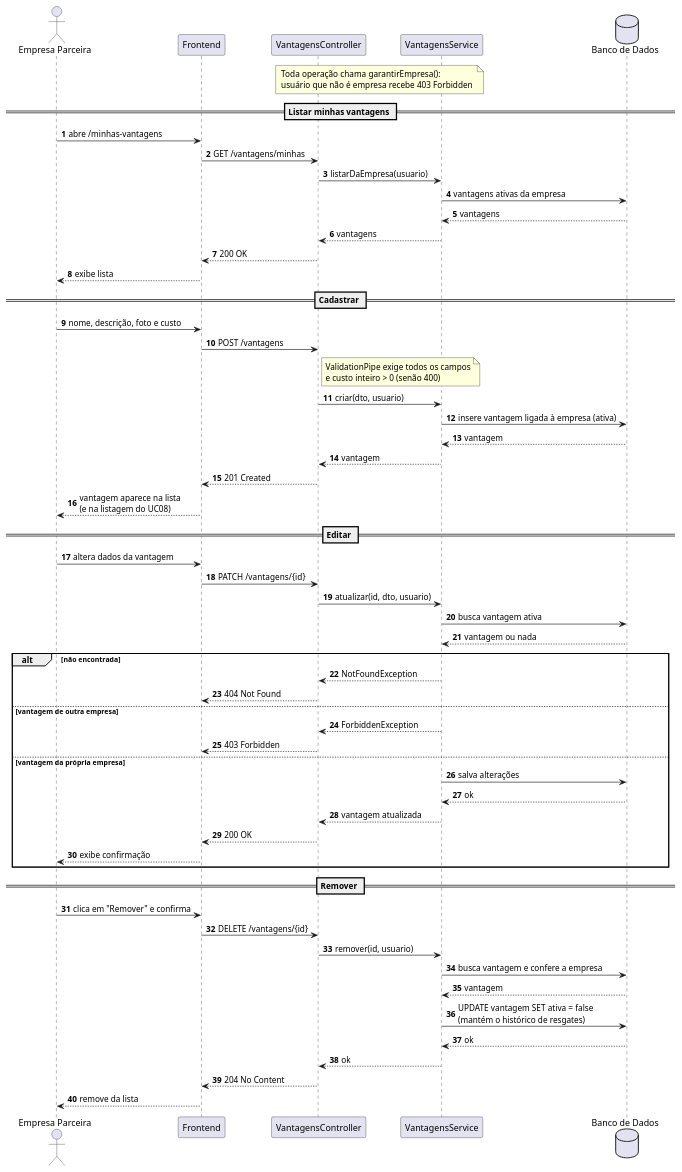
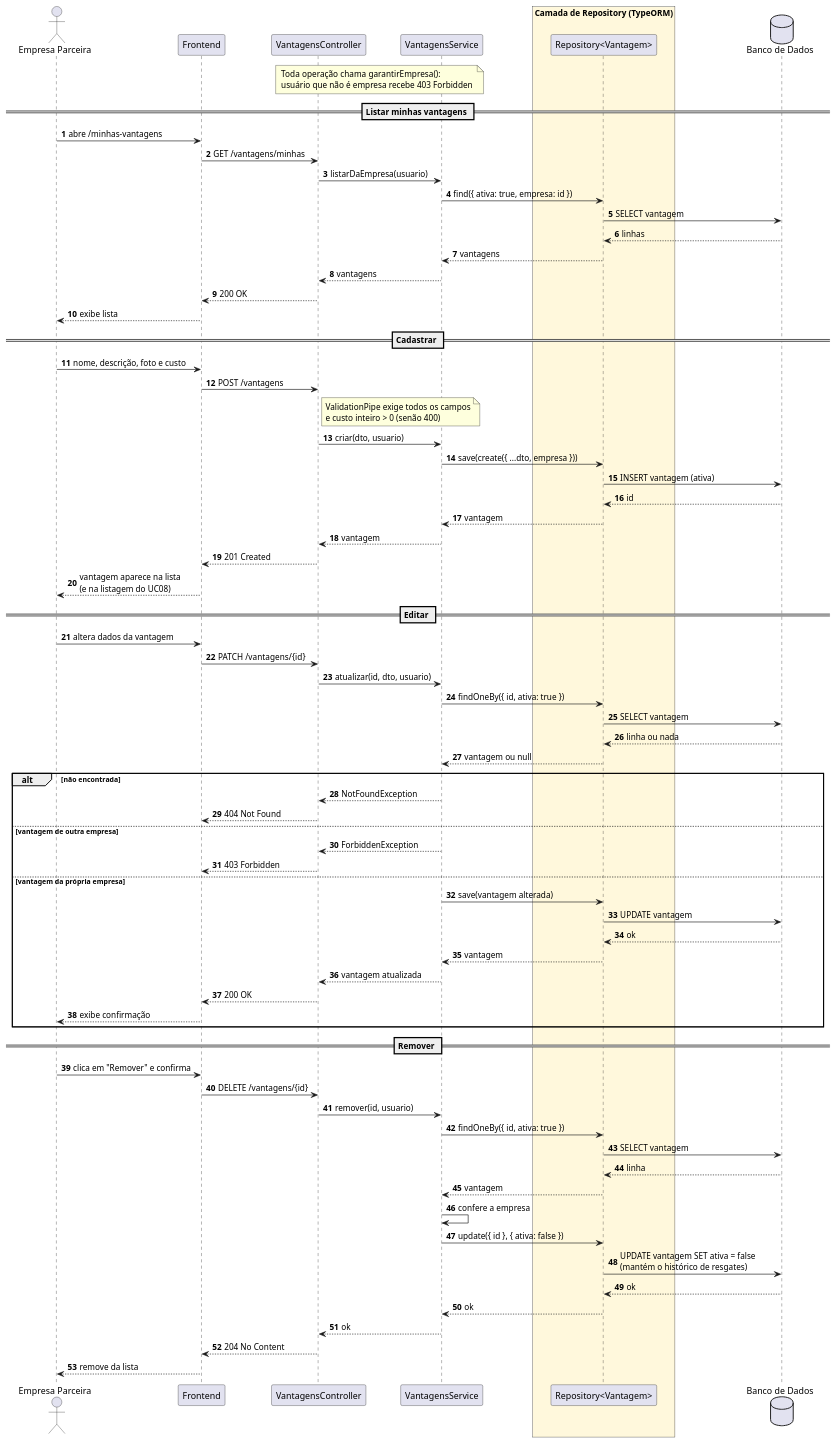
The diagram in docs/diagramas/sequencia/uc11-manter-vantagens.puml (pazzutti/lab03-sistema-moeda-estudantil), drawn with PlantUML before and after one commit. The commit also changed 21 other files, not shown here.

```diff
--- a/docs/diagramas/sequencia/uc11-manter-vantagens.puml
+++ b/docs/diagramas/sequencia/uc11-manter-vantagens.puml
@@ -1,72 +1,88 @@
 @startuml uc11_manter_vantagens
 ' =====================================================================
 ' Sistema de Moeda Estudantil
 ' Diagrama de Sequencia - UC11 Manter vantagens (HU13 / HU14)
 ' Fonte versionada em docs/diagramas/sequencia/uc11-manter-vantagens.puml
 ' =====================================================================
 
 skinparam shadowing false
 autonumber
 
 actor "Empresa Parceira" as Empresa
 participant Frontend
 participant "VantagensController" as Controller
 participant "VantagensService" as Service
+box "Camada de Repository (TypeORM)" #FFF8DC
+  participant "Repository<Vantagem>" as Repo
+end box
 database "Banco de Dados" as BD
 
 note over Controller, Service : Toda operação chama garantirEmpresa():\nusuário que não é empresa recebe 403 Forbidden
 
 == Listar minhas vantagens ==
 Empresa -> Frontend : abre /minhas-vantagens
 Frontend -> Controller : GET /vantagens/minhas
 Controller -> Service : listarDaEmpresa(usuario)
-Service -> BD : vantagens ativas da empresa
-BD --> Service : vantagens
+Service -> Repo : find({ ativa: true, empresa: id })
+Repo -> BD : SELECT vantagem
+BD --> Repo : linhas
+Repo --> Service : vantagens
 Service --> Controller : vantagens
 Controller --> Frontend : 200 OK
 Frontend --> Empresa : exibe lista
 
 == Cadastrar ==
 Empresa -> Frontend : nome, descrição, foto e custo
 Frontend -> Controller : POST /vantagens
 note right of Controller : ValidationPipe exige todos os campos\ne custo inteiro > 0 (senão 400)
 Controller -> Service : criar(dto, usuario)
-Service -> BD : insere vantagem ligada à empresa (ativa)
-BD --> Service : vantagem
+Service -> Repo : save(create({ ...dto, empresa }))
+Repo -> BD : INSERT vantagem (ativa)
+BD --> Repo : id
+Repo --> Service : vantagem
 Service --> Controller : vantagem
 Controller --> Frontend : 201 Created
 Frontend --> Empresa : vantagem aparece na lista\n(e na listagem do UC08)
 
 == Editar ==
 Empresa -> Frontend : altera dados da vantagem
 Frontend -> Controller : PATCH /vantagens/{id}
 Controller -> Service : atualizar(id, dto, usuario)
-Service -> BD : busca vantagem ativa
-BD --> Service : vantagem ou nada
+Service -> Repo : findOneBy({ id, ativa: true })
+Repo -> BD : SELECT vantagem
+BD --> Repo : linha ou nada
+Repo --> Service : vantagem ou null
 alt não encontrada
   Service --> Controller : NotFoundException
   Controller --> Frontend : 404 Not Found
 else vantagem de outra empresa
   Service --> Controller : ForbiddenException
   Controller --> Frontend : 403 Forbidden
 else vantagem da própria empresa
-  Service -> BD : salva alterações
-  BD --> Service : ok
+  Service -> Repo : save(vantagem alterada)
+  Repo -> BD : UPDATE vantagem
+  BD --> Repo : ok
+  Repo --> Service : vantagem
   Service --> Controller : vantagem atualizada
   Controller --> Frontend : 200 OK
   Frontend --> Empresa : exibe confirmação
 end
 
 == Remover ==
 Empresa -> Frontend : clica em "Remover" e confirma
 Frontend -> Controller : DELETE /vantagens/{id}
 Controller -> Service : remover(id, usuario)
-Service -> BD : busca vantagem e confere a empresa
-BD --> Service : vantagem
-Service -> BD : UPDATE vantagem SET ativa = false\n(mantém o histórico de resgates)
-BD --> Service : ok
+Service -> Repo : findOneBy({ id, ativa: true })
+Repo -> BD : SELECT vantagem
+BD --> Repo : linha
+Repo --> Service : vantagem
+Service -> Service : confere a empresa
+Service -> Repo : update({ id }, { ativa: false })
+Repo -> BD : UPDATE vantagem SET ativa = false\n(mantém o histórico de resgates)
+BD --> Repo : ok
+Repo --> Service : ok
 Service --> Controller : ok
 Controller --> Frontend : 204 No Content
 Frontend --> Empresa : remove da lista
 
 @enduml
```
